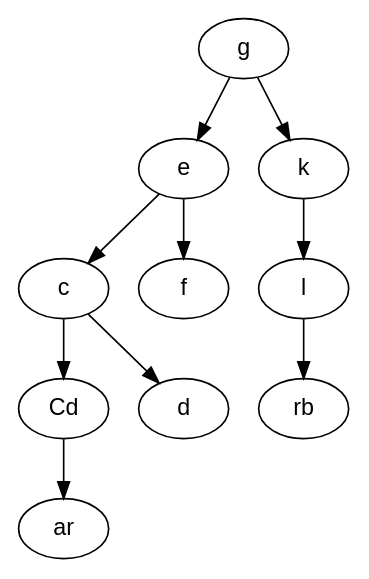
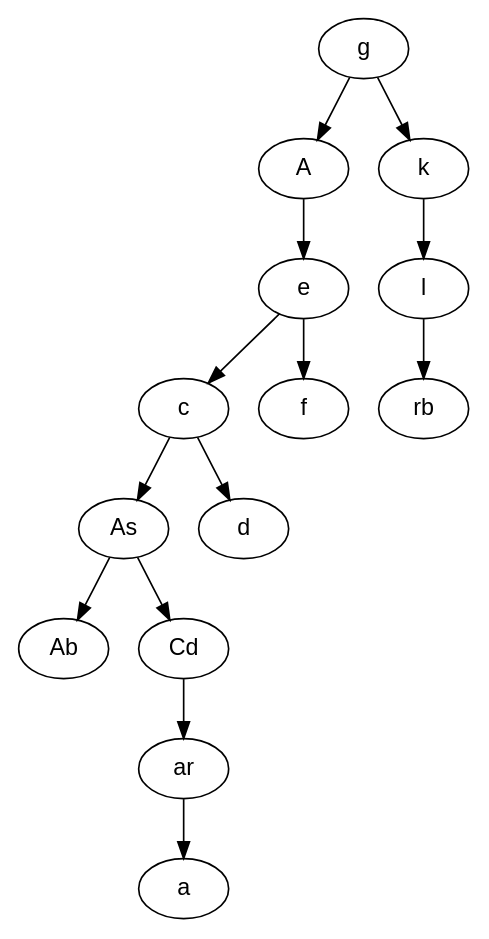
The diagram in lab_07/misc/images/word_tree.dot (DeadCool23/TaDS), drawn with Graphviz before and after one commit. The commit also changed 5 other files, not shown here.

```diff
--- a/lab_07/misc/images/word_tree.dot
+++ b/lab_07/misc/images/word_tree.dot
@@ -1,22 +1,30 @@
 digraph word_tree {
   node [fontname="Arial"];
   "g" [label="g"];
+  "A" [label="A"];
   "e" [label="e"];
   "c" [label="c"];
+  "As" [label="As"];
+  "Ab" [label="Ab"];
   "Cd" [label="Cd"];
   "ar" [label="ar"];
+  "a" [label="a"];
   "d" [label="d"];
   "f" [label="f"];
   "k" [label="k"];
   "l" [label="l"];
   "rb" [label="rb"];
-  "g" -> "e";
+  "g" -> "A";
   "g" -> "k";
+  "A" -> "e";
   "e" -> "c";
   "e" -> "f";
-  "c" -> "Cd";
+  "c" -> "As";
   "c" -> "d";
+  "As" -> "Ab";
+  "As" -> "Cd";
   "Cd" -> "ar";
+  "ar" -> "a";
   "k" -> "l";
   "l" -> "rb";
 }
```
